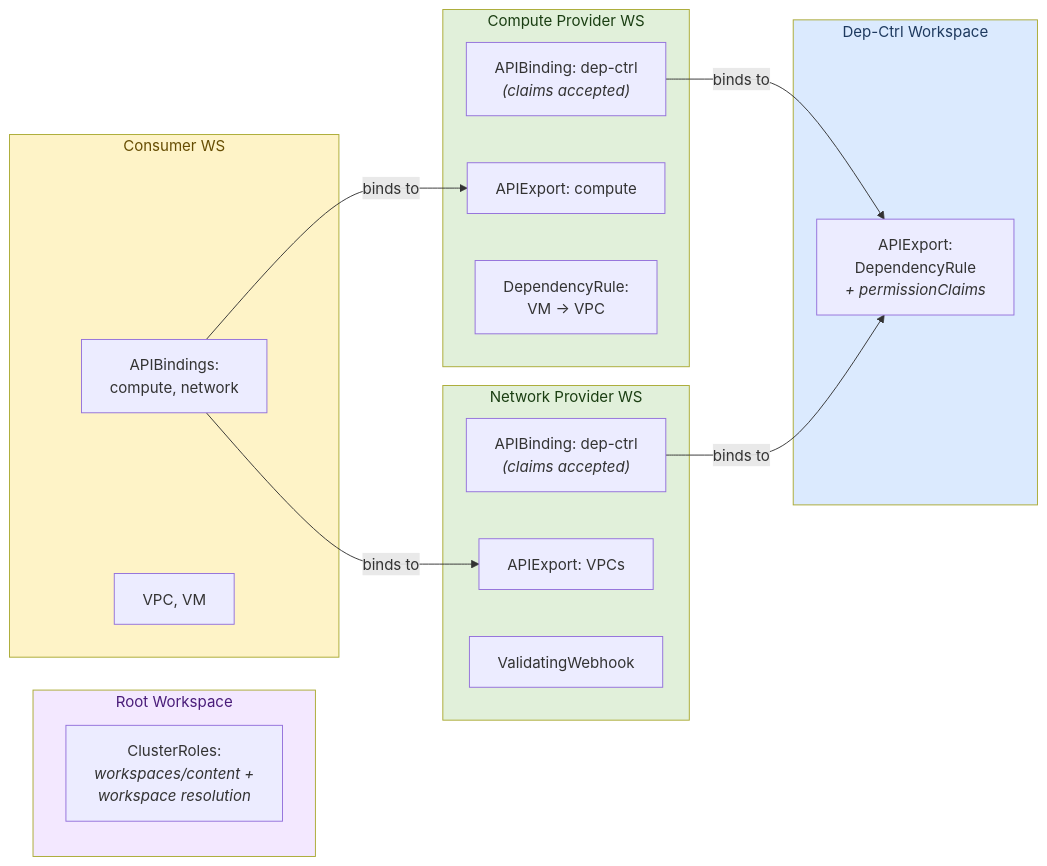
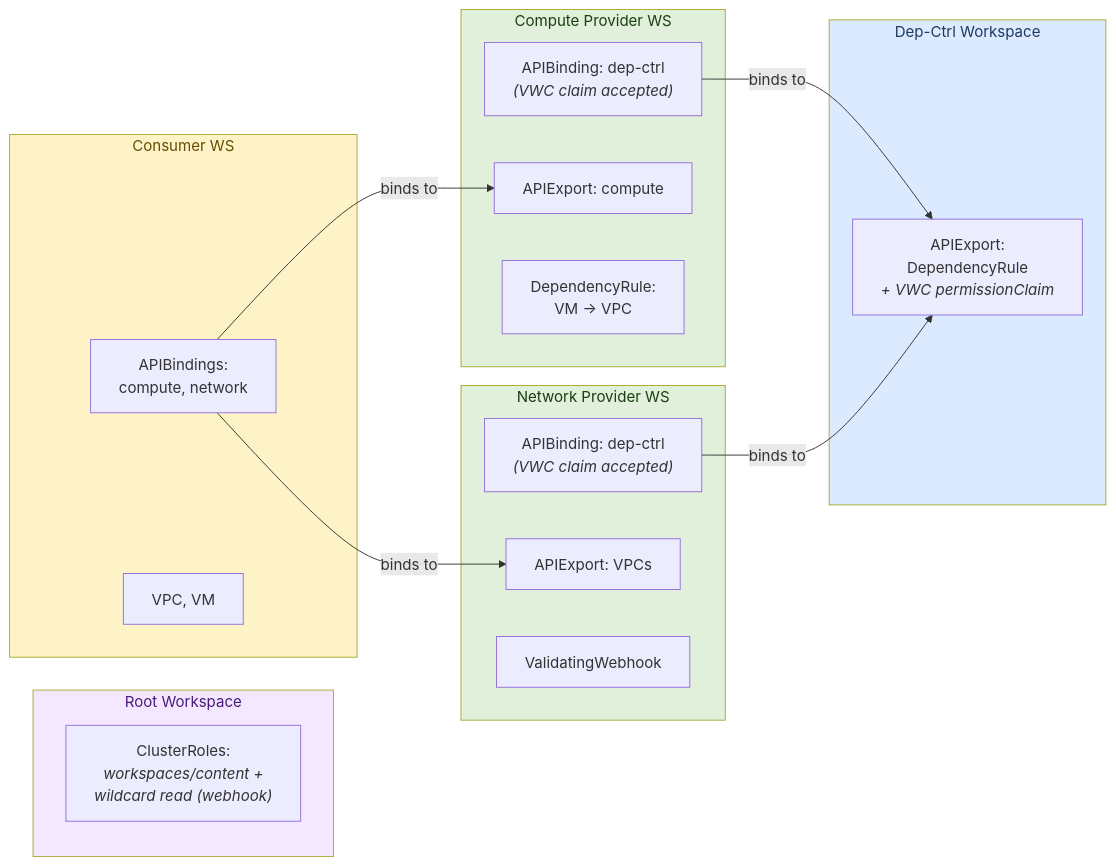
One commit to opendefensecloud/dependency-controller changed the first of 2 diagrams in docs/architecture.md. Above: the diagram before and after it, drawn with Mermaid. The commit also changed other lines of this file and 21 other files, not shown here.

Commit message:
use permissions claims for controller, but using a simpler approach for webhook, granting kcp wide get/list access

````diff
--- a/docs/architecture.md
+++ b/docs/architecture.md
@@ -25,38 +26,38 @@
 ```mermaid
 graph LR
     subgraph DC["Dep-Ctrl Workspace"]
-        DCExport["APIExport:<br/>DependencyRule<br/><i>+ permissionClaims</i>"]
+        DCExport["APIExport:<br/>DependencyRule<br/><i>+ VWC permissionClaim</i>"]
     end
 
     subgraph CP["Compute Provider WS"]
-        CPBinding["APIBinding: dep-ctrl<br/><i>(claims accepted)</i>"]
+        CPBinding["APIBinding: dep-ctrl<br/><i>(VWC claim accepted)</i>"]
         CPExport["APIExport: compute"]
         CPRule["DependencyRule:<br/>VM → VPC"]
     end
 
     subgraph NP["Network Provider WS"]
-        NPBinding["APIBinding: dep-ctrl<br/><i>(claims accepted)</i>"]
+        NPBinding["APIBinding: dep-ctrl<br/><i>(VWC claim accepted)</i>"]
         NPExport["APIExport: VPCs"]
         NPWebhook["ValidatingWebhook"]
     end
 
     subgraph ROOT["Root Workspace"]
-        ROOTROLE["ClusterRoles:<br/><i>workspaces/content +<br/>workspace resolution</i>"]
+        ROOTROLE["ClusterRoles:<br/><i>workspaces/content +<br/>wildcard read (webhook)</i>"]
     end
 
     subgraph CW["Consumer WS"]
         CWBindings["APIBindings:<br/>compute, network"]
         CWResources["VPC, VM"]
     end
 
     CPBinding -->|binds to| DCExport
     NPBinding -->|binds to| DCExport
     CWBindings -->|binds to| CPExport
     CWBindings -->|binds to| NPExport
 
     style DC fill:#dbeafe,color:#1e3a5f
     style CP fill:#e1f0da,color:#1a3e12
     style NP fill:#e1f0da,color:#1a3e12
     style ROOT fill:#f3e8ff,color:#4a1d7a
     style CW fill:#fef3c7,color:#664d03
 ```
````
